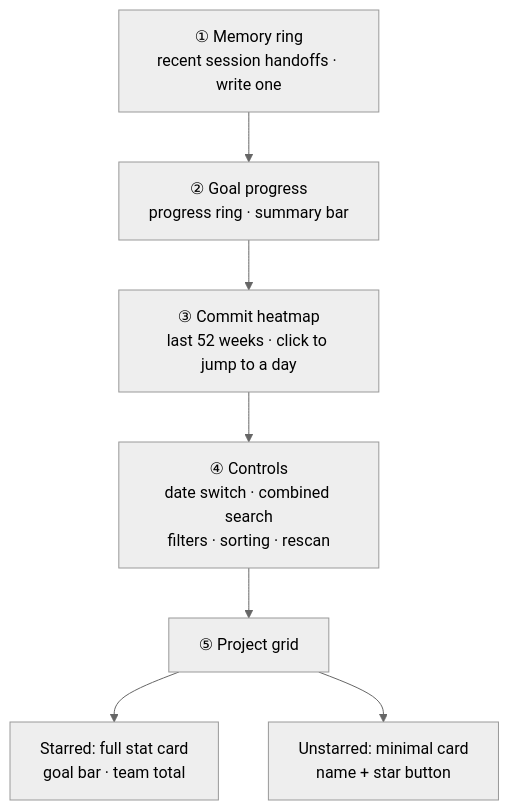
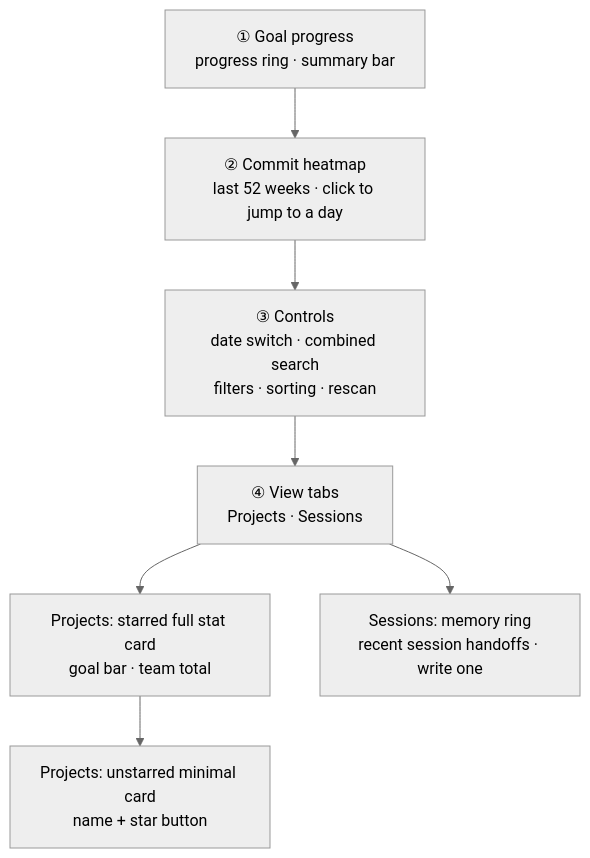
One commit to sky-jiangcheng/cinder changed the diagram in docs/en/features/dashboard.md. Above: the diagram before and after it, drawn with Mermaid (neutral theme). The commit also changed other lines of this file and 11 other files, not shown here.

````diff
--- a/docs/en/features/dashboard.md
+++ b/docs/en/features/dashboard.md
@@ -16,9 +16,9 @@
 ```mermaid
 flowchart TB
-    RING["① Memory ring<br/>recent session handoffs · write one"] --> GOAL["② Goal progress<br/>progress ring · summary bar"]
-    GOAL --> HEAT["③ Commit heatmap<br/>last 52 weeks · click to jump to a day"]
-    HEAT --> CTRL["④ Controls<br/>date switch · combined search<br/>filters · sorting · rescan"]
-    CTRL --> GRID["⑤ Project grid"]
-    GRID --> STAR["Starred: full stat card<br/>goal bar · team total"]
-    GRID --> PLAIN["Unstarred: minimal card<br/>name + star button"]
+    GOAL["① Goal progress<br/>progress ring · summary bar"] --> HEAT["② Commit heatmap<br/>last 52 weeks · click to jump to a day"]
+    HEAT --> CTRL["③ Controls<br/>date switch · combined search<br/>filters · sorting · rescan"]
+    CTRL --> TAB["④ View tabs<br/>Projects · Sessions"]
+    TAB --> GRID["Projects: starred full stat card<br/>goal bar · team total"]
+    GRID --> PLAIN["Projects: unstarred minimal card<br/>name + star button"]
+    TAB --> RING["Sessions: memory ring<br/>recent session handoffs · write one"]
 ```
````
